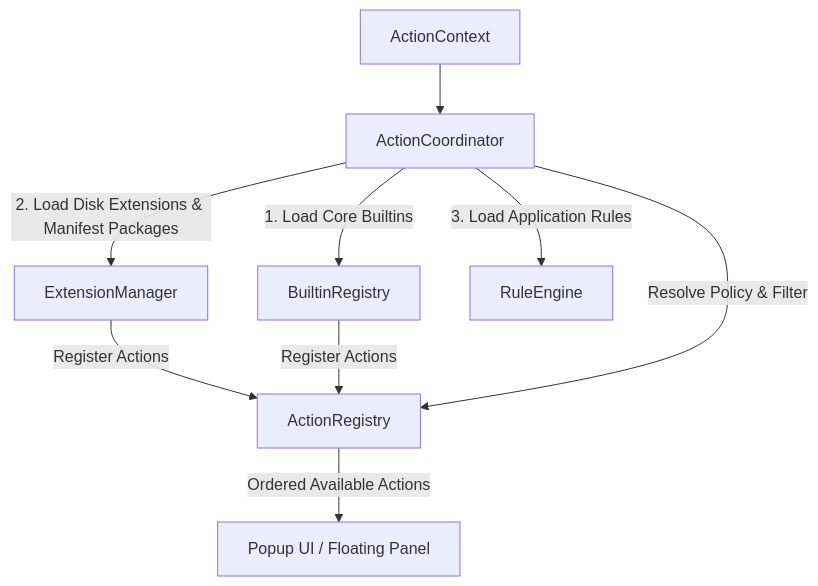
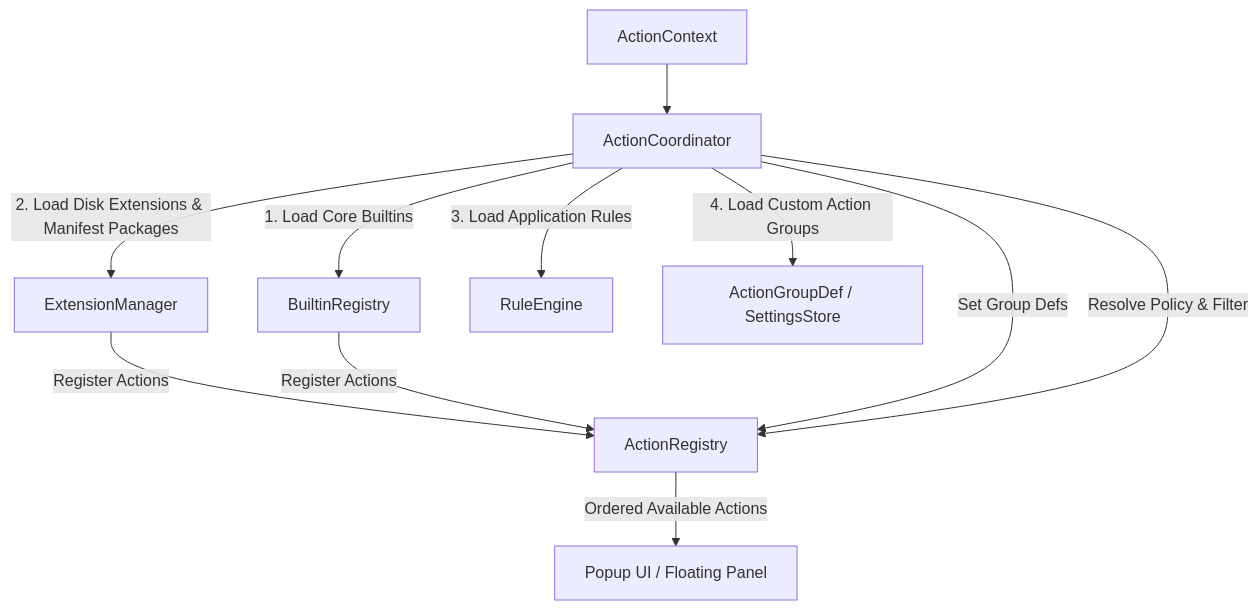
One commit to ganeshmshetty/openclip changed the diagram in docs/architecture/action-coordinator.md. Above: the diagram before and after it, drawn with Mermaid. The commit also changed other lines of this file and 18 other files, not shown here.

First line of the commit message:
feat(actions): implement custom action groups and unify status bar menu

````diff
--- a/docs/architecture/action-coordinator.md
+++ b/docs/architecture/action-coordinator.md
@@ -9,13 +9,15 @@
 ```mermaid
 flowchart TD
- AC[ActionCoordinator] -->|1. Load Core Builtins| BR[BuiltinRegistry]
- AC -->|2. Load Disk Extensions & Manifest Packages| EM[ExtensionManager]
- AC -->|3. Load Application Rules| RE[RuleEngine]
+    AC[ActionCoordinator] -->|1. Load Core Builtins| BR[BuiltinRegistry]
+    AC -->|2. Load Disk Extensions & Manifest Packages| EM[ExtensionManager]
+    AC -->|3. Load Application Rules| RE[RuleEngine]
+    AC -->|4. Load Custom Action Groups| AG[ActionGroupDef / SettingsStore]
 
- EM -->|Register Actions| AR[ActionRegistry]
- BR -->|Register Actions| AR
+    EM -->|Register Actions| AR[ActionRegistry]
+    BR -->|Register Actions| AR
+    AC -->|Set Group Defs| AR
 
- Context[ActionContext] --> AC
- AC -->|Resolve Policy & Filter| AR
- AR -->|Ordered Available Actions| UI[Popup UI / Floating Panel]
+    Context[ActionContext] --> AC
+    AC -->|Resolve Policy & Filter| AR
+    AR -->|Ordered Available Actions| UI[Popup UI / Floating Panel]
 ```
````
